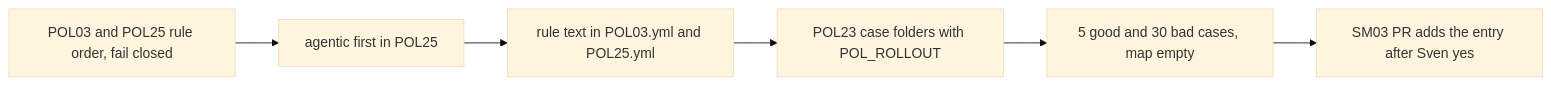
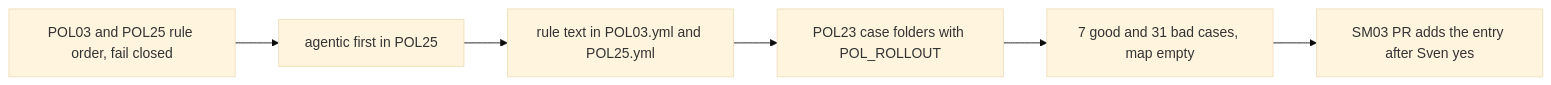
Before and after one commit to svennijhuis/agentic-workflows: the second of 2 diagrams in docs/pbi/smoke/SM05.md, drawn with Mermaid (base theme). The commit also changed other lines of this file and 4 other files, not shown here.

````diff
--- a/docs/pbi/smoke/SM05.md
+++ b/docs/pbi/smoke/SM05.md
@@ -157,8 +168,8 @@
 ```mermaid
 flowchart LR
   S1[POL03 and POL25 rule order, fail closed] --> S2[agentic first in POL25]
   S2 --> S3[rule text in POL03.yml and POL25.yml]
   S3 --> S4[POL23 case folders with POL_ROLLOUT]
-  S4 --> S5[5 good and 30 bad cases, map empty]
+  S4 --> S5[7 good and 31 bad cases, map empty]
   S5 --> S6[SM03 PR adds the entry after Sven yes]
 ```
````
